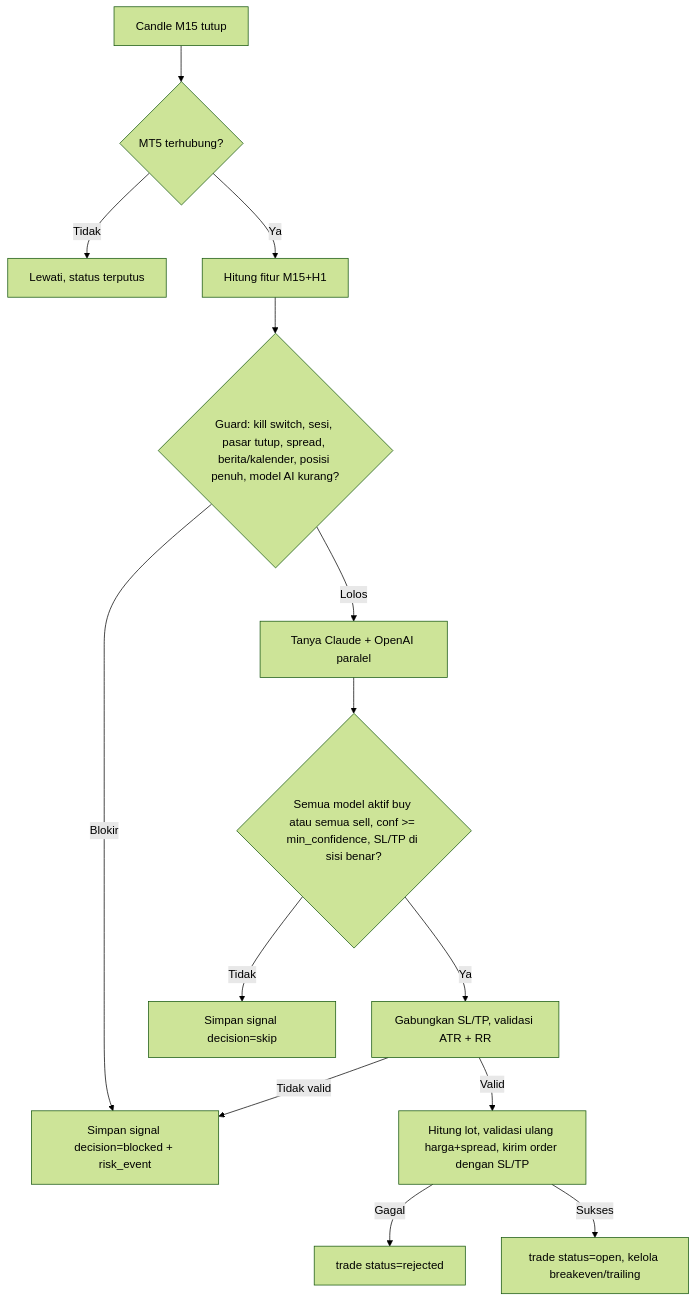
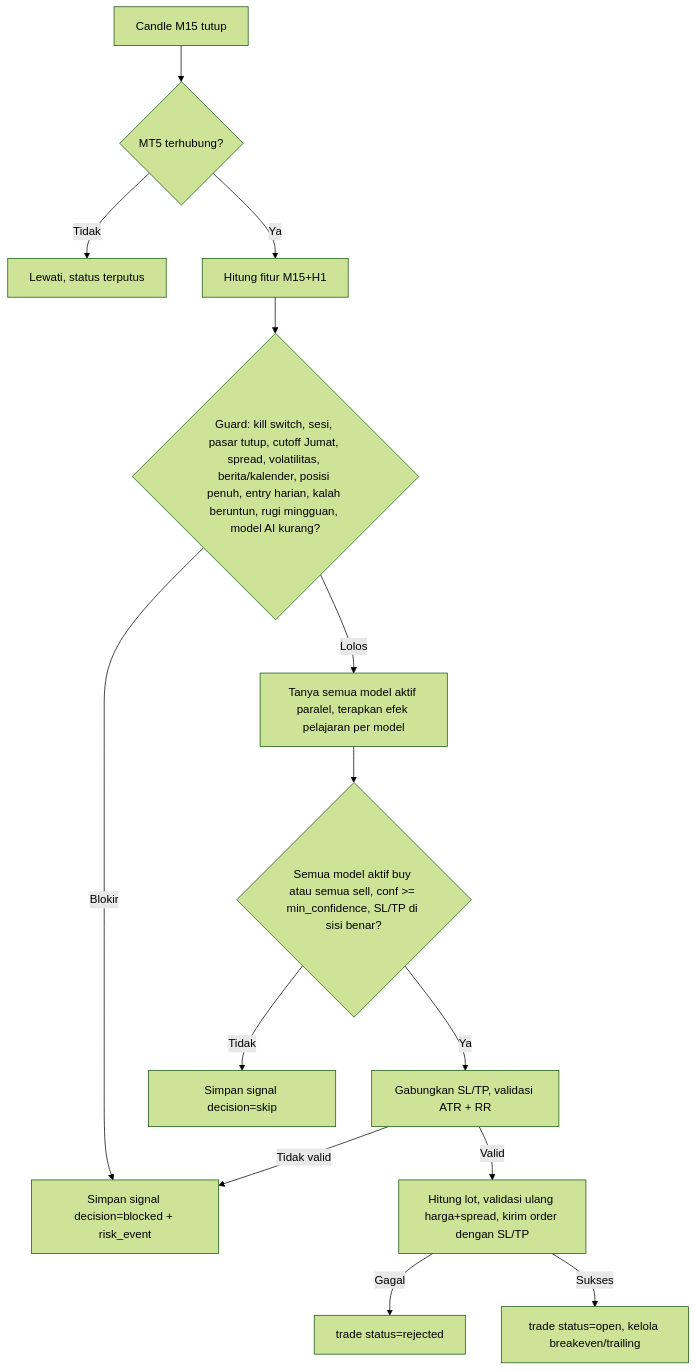
Before and after one commit to rifan6juli-svg/tradingbot: the second of 3 diagrams in docs/AFD.md, drawn with Mermaid (forest theme). The commit also changed other lines of this file and 6 other files, not shown here.

````diff
--- a/docs/AFD.md
+++ b/docs/AFD.md
@@ -27,16 +27,16 @@
 ```mermaid
 flowchart TD
   A[Candle M15 tutup] --> B{MT5 terhubung?}
   B -- Tidak --> X1[Lewati, status terputus]
   B -- Ya --> C[Hitung fitur M15+H1]
-  C --> D{Guard: kill switch, sesi, pasar tutup, spread, berita/kalender, posisi penuh, model AI kurang?}
+  C --> D{Guard: kill switch, sesi, pasar tutup, cutoff Jumat, spread, volatilitas, berita/kalender, posisi penuh, entry harian, kalah beruntun, rugi mingguan, model AI kurang?}
   D -- Blokir --> X2[Simpan signal decision=blocked + risk_event]
-  D -- Lolos --> E[Tanya Claude + OpenAI paralel]
+  D -- Lolos --> E[Tanya semua model aktif paralel, terapkan efek pelajaran per model]
   E --> F{Semua model aktif buy atau semua sell, conf >= min_confidence, SL/TP di sisi benar?}
   F -- Tidak --> X3[Simpan signal decision=skip]
   F -- Ya --> G[Gabungkan SL/TP, validasi ATR + RR]
   G -- Tidak valid --> X2
   G -- Valid --> H[Hitung lot, validasi ulang harga+spread, kirim order dengan SL/TP]
   H -- Gagal --> X4[trade status=rejected]
   H -- Sukses --> I[trade status=open, kelola breakeven/trailing]
 ```
````
